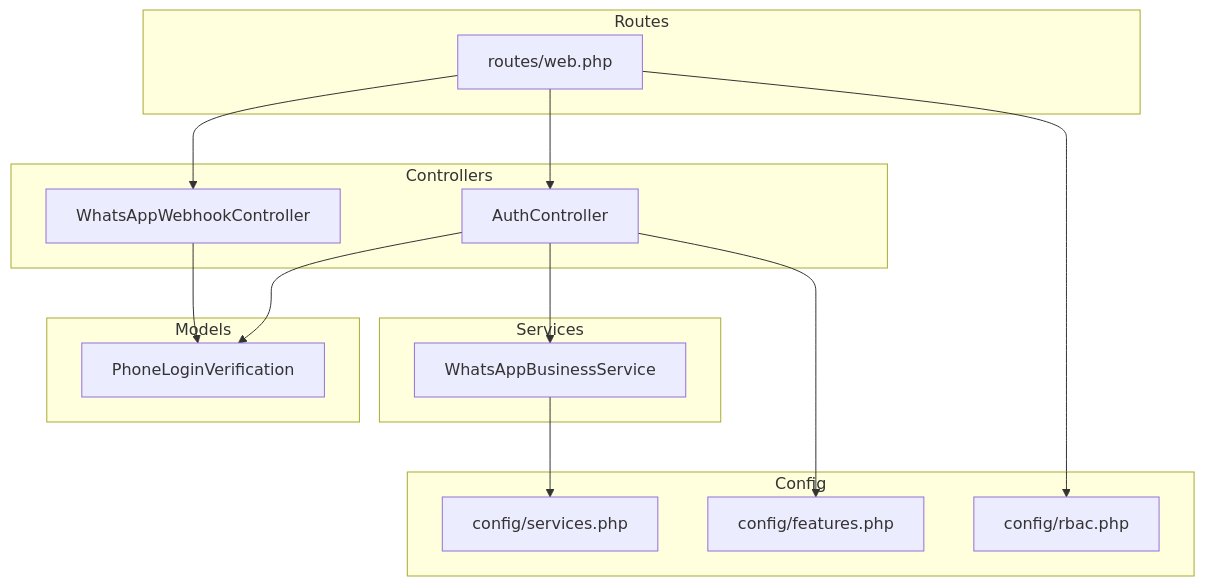
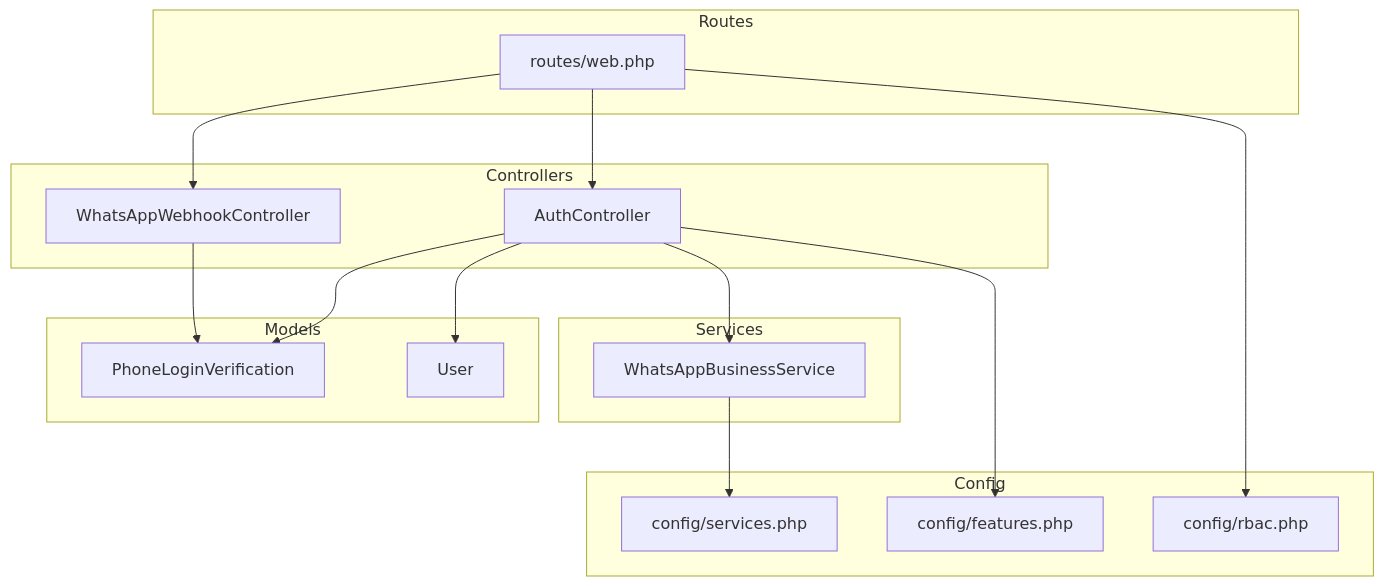
One commit to rudicatsmile/assesment360 changed the first of 3 diagrams in .qoder/repowiki/en/content/API Documentation/Authentication API.md. Above: the diagram before and after it, drawn with Mermaid. The commit also changed other lines of this file and 5 other files, not shown here.

````diff
--- a/.qoder/repowiki/en/content/API Documentation/Authentication API.md
+++ b/.qoder/repowiki/en/content/API Documentation/Authentication API.md
@@ -34,29 +43,31 @@
 ```mermaid
 graph TB
 subgraph "Routes"
 RWEB["routes/web.php"]
 end
 subgraph "Controllers"
 AC["AuthController"]
 WHC["WhatsAppWebhookController"]
 end
 subgraph "Services"
 WBS["WhatsAppBusinessService"]
 end
 subgraph "Models"
 PLV["PhoneLoginVerification"]
+USER["User"]
 end
 subgraph "Config"
 SVC["config/services.php"]
 FEAT["config/features.php"]
 RBAC["config/rbac.php"]
 end
 RWEB --> AC
 RWEB --> WHC
 AC --> WBS
 AC --> PLV
+AC --> USER
 WHC --> PLV
 WBS --> SVC
 AC --> FEAT
 RWEB --> RBAC
 ```
````
